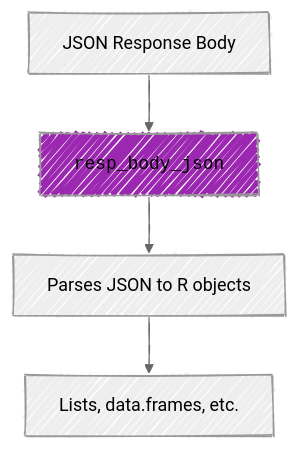
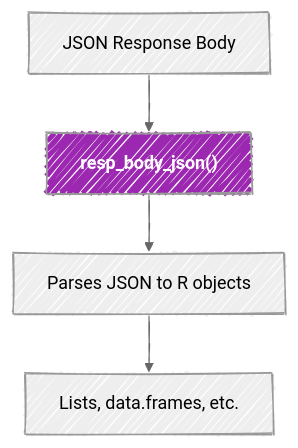
The fifth of 10 diagrams in r-app-api.qmd (mjfrigaard/do4ds-labs), drawn with Mermaid before and after one commit. The commit also changed other lines of this file and 34 other files, not shown here.

Commit message:
updates to mermaid

````diff
--- a/r-app-api.qmd
+++ b/r-app-api.qmd
@@ -421,14 +421,14 @@
 ```{mermaid}
 %%| fig-width: 6.5
 %%| fig-align: center
 %%{init: {'theme': 'neutral', 'look': 'handDrawn', 'themeVariables': { 'fontFamily': 'monospace'}}}%%
 
 graph TD
 
-A[JSON Response Body] --> B["<code>resp_body_json</code>"]
+A[JSON Response Body] --> B["<strong>resp_body_json()</strong>"]
 B --> C[Parses JSON to R objects]
 C --> D[Lists, data.frames, etc.]
 
-style B fill:#9c27b0
+style B fill:#9c27b0,color:#fff
 
 ```
````
